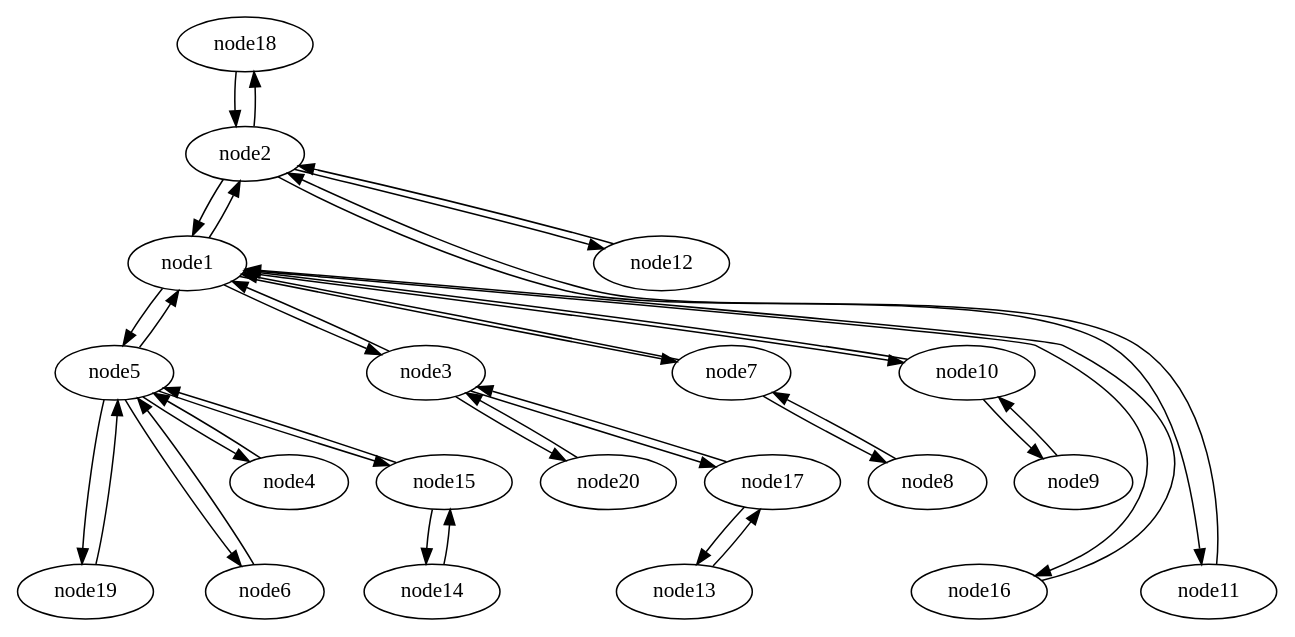
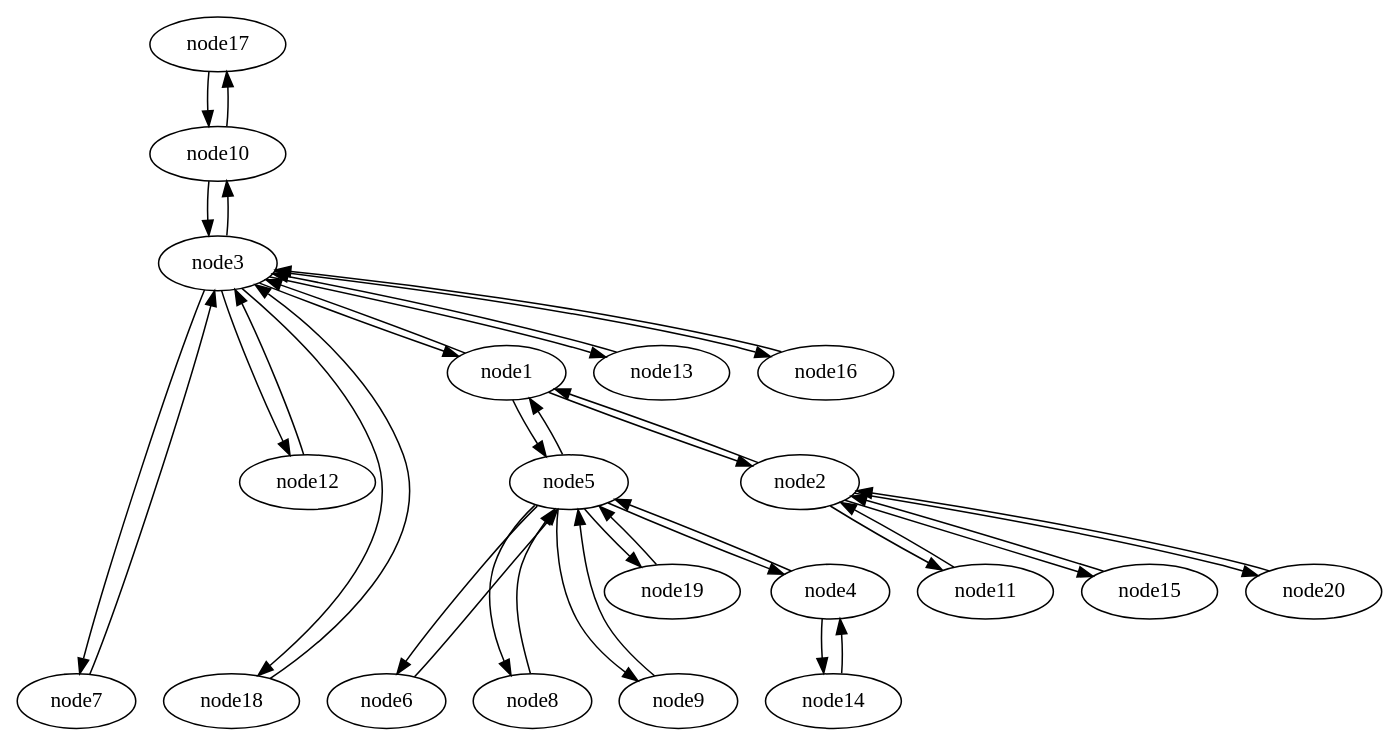
The diagram in graphs/tree_t1_before.gv (c12s/plumtree), drawn with Graphviz before and after one commit. The commit also changed 5 other files, not shown here.

```diff
--- a/graphs/tree_t1_before.gv
+++ b/graphs/tree_t1_before.gv
@@ -1,120 +1,120 @@
 strict digraph {
 
 
-	"node18" [  weight=0 ];
+	"node17" [  weight=0 ];
 
-	"node18" -> "node2" [  weight=0 ];
+	"node17" -> "node10" [  weight=0 ];
 
-	"node19" [  weight=0 ];
+	"node7" [  weight=0 ];
 
-	"node19" -> "node5" [  weight=0 ];
+	"node7" -> "node3" [  weight=0 ];
 
-	"node20" [  weight=0 ];
+	"node12" [  weight=0 ];
 
-	"node20" -> "node3" [  weight=0 ];
+	"node12" -> "node3" [  weight=0 ];
 
-	"node8" [  weight=0 ];
+	"node3" [  weight=0 ];
 
-	"node8" -> "node7" [  weight=0 ];
+	"node3" -> "node18" [  weight=0 ];
+
+	"node3" -> "node1" [  weight=0 ];
+
+	"node3" -> "node7" [  weight=0 ];
+
+	"node3" -> "node10" [  weight=0 ];
+
+	"node3" -> "node12" [  weight=0 ];
+
+	"node3" -> "node13" [  weight=0 ];
+
+	"node3" -> "node16" [  weight=0 ];
+
+	"node5" [  weight=0 ];
+
+	"node5" -> "node1" [  weight=0 ];
+
+	"node5" -> "node6" [  weight=0 ];
+
+	"node5" -> "node8" [  weight=0 ];
+
+	"node5" -> "node9" [  weight=0 ];
+
+	"node5" -> "node19" [  weight=0 ];
+
+	"node5" -> "node4" [  weight=0 ];
 
 	"node6" [  weight=0 ];
 
 	"node6" -> "node5" [  weight=0 ];
 
 	"node10" [  weight=0 ];
 
-	"node10" -> "node9" [  weight=0 ];
+	"node10" -> "node3" [  weight=0 ];
 
-	"node10" -> "node1" [  weight=0 ];
-
-	"node16" [  weight=0 ];
-
-	"node16" -> "node1" [  weight=0 ];
+	"node10" -> "node17" [  weight=0 ];
 
 	"node4" [  weight=0 ];
 
 	"node4" -> "node5" [  weight=0 ];
 
+	"node4" -> "node14" [  weight=0 ];
+
+	"node18" [  weight=0 ];
+
+	"node18" -> "node3" [  weight=0 ];
+
+	"node9" [  weight=0 ];
+
+	"node9" -> "node5" [  weight=0 ];
+
+	"node11" [  weight=0 ];
+
+	"node11" -> "node2" [  weight=0 ];
+
+	"node13" [  weight=0 ];
+
+	"node13" -> "node3" [  weight=0 ];
+
+	"node2" [  weight=0 ];
+
+	"node2" -> "node11" [  weight=0 ];
+
+	"node2" -> "node15" [  weight=0 ];
+
+	"node2" -> "node20" [  weight=0 ];
+
+	"node2" -> "node1" [  weight=0 ];
+
+	"node15" [  weight=0 ];
+
+	"node15" -> "node2" [  weight=0 ];
+
+	"node8" [  weight=0 ];
+
+	"node8" -> "node5" [  weight=0 ];
+
+	"node19" [  weight=0 ];
+
+	"node19" -> "node5" [  weight=0 ];
+
+	"node14" [  weight=0 ];
+
+	"node14" -> "node4" [  weight=0 ];
+
+	"node16" [  weight=0 ];
+
+	"node16" -> "node3" [  weight=0 ];
+
 	"node1" [  weight=0 ];
-
-	"node1" -> "node7" [  weight=0 ];
-
-	"node1" -> "node10" [  weight=0 ];
-
-	"node1" -> "node16" [  weight=0 ];
-
-	"node1" -> "node2" [  weight=0 ];
 
 	"node1" -> "node3" [  weight=0 ];
 
 	"node1" -> "node5" [  weight=0 ];
 
-	"node13" [  weight=0 ];
+	"node1" -> "node2" [  weight=0 ];
 
-	"node13" -> "node17" [  weight=0 ];
+	"node20" [  weight=0 ];
 
-	"node17" [  weight=0 ];
-
-	"node17" -> "node3" [  weight=0 ];
-
-	"node17" -> "node13" [  weight=0 ];
-
-	"node9" [  weight=0 ];
-
-	"node9" -> "node10" [  weight=0 ];
-
-	"node14" [  weight=0 ];
-
-	"node14" -> "node15" [  weight=0 ];
-
-	"node2" [  weight=0 ];
-
-	"node2" -> "node1" [  weight=0 ];
-
-	"node2" -> "node11" [  weight=0 ];
-
-	"node2" -> "node12" [  weight=0 ];
-
-	"node2" -> "node18" [  weight=0 ];
-
-	"node15" [  weight=0 ];
-
-	"node15" -> "node14" [  weight=0 ];
-
-	"node15" -> "node5" [  weight=0 ];
-
-	"node7" [  weight=0 ];
-
-	"node7" -> "node1" [  weight=0 ];
-
-	"node7" -> "node8" [  weight=0 ];
-
-	"node12" [  weight=0 ];
-
-	"node12" -> "node2" [  weight=0 ];
-
-	"node5" [  weight=0 ];
-
-	"node5" -> "node4" [  weight=0 ];
-
-	"node5" -> "node1" [  weight=0 ];
-
-	"node5" -> "node6" [  weight=0 ];
-
-	"node5" -> "node15" [  weight=0 ];
-
-	"node5" -> "node19" [  weight=0 ];
-
-	"node11" [  weight=0 ];
-
-	"node11" -> "node2" [  weight=0 ];
-
-	"node3" [  weight=0 ];
-
-	"node3" -> "node17" [  weight=0 ];
-
-	"node3" -> "node20" [  weight=0 ];
-
-	"node3" -> "node1" [  weight=0 ];
+	"node20" -> "node2" [  weight=0 ];
 
 }
```
